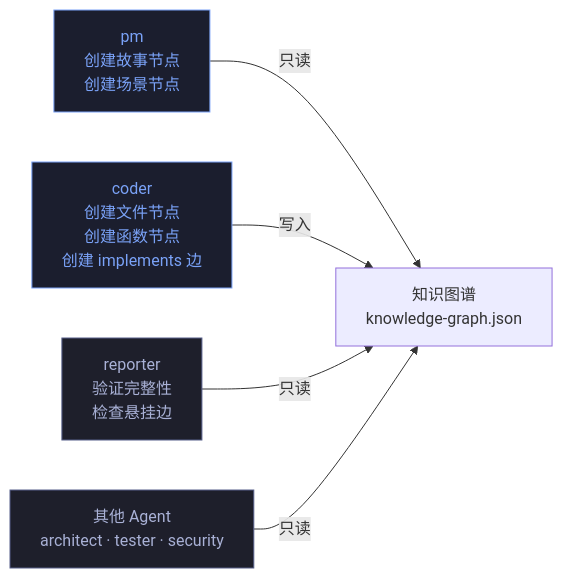
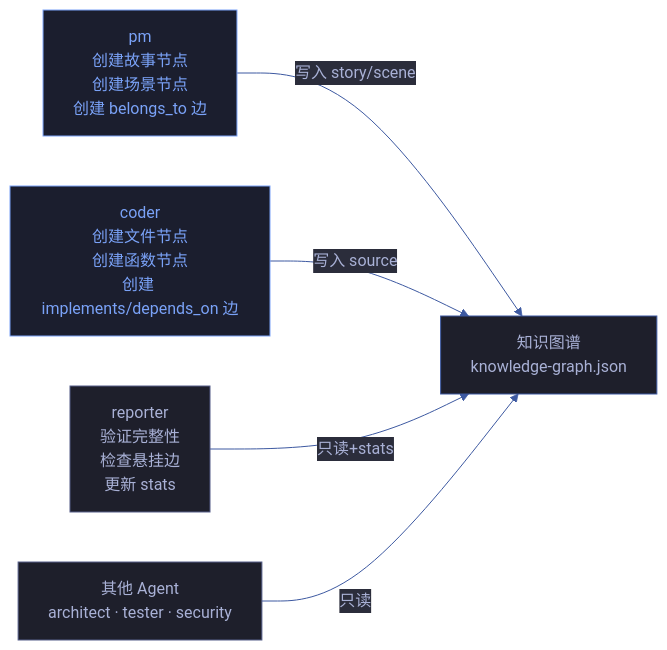
Before and after one commit to effiy/YrY: the diagram in skills/rui-story/rules/knowledge-graph-ownership.md, drawn with Mermaid. The commit also changed other lines of this file and 1028 other files, not shown here.

````diff
--- a/skills/rui-story/rules/knowledge-graph-ownership.md
+++ b/skills/rui-story/rules/knowledge-graph-ownership.md
@@ -13,10 +13,18 @@
 ```mermaid
+%%{init: {'theme': 'base', 'themeVariables': {
+  'primaryColor': '#1e1f2b',
+  'primaryTextColor': '#a9b1d6',
+  'primaryBorderColor': '#3d59a1',
+  'lineColor': '#3d59a1',
+  'secondaryColor': '#2b2d3b',
+  'tertiaryColor': '#21232f'
+}}}%%
 flowchart LR
-    PM["pm<br/>创建故事节点<br/>创建场景节点"]:::owner -->|只读| KG["知识图谱<br/>knowledge-graph.json"]
-    CODER["coder<br/>创建文件节点<br/>创建函数节点<br/>创建 implements 边"]:::owner -->|写入| KG
-    REPORTER["reporter<br/>验证完整性<br/>检查悬挂边"]:::reader -->|只读| KG
+    PM["pm<br/>创建故事节点<br/>创建场景节点<br/>创建 belongs_to 边"]:::owner -->|写入 story/scene| KG["知识图谱<br/>knowledge-graph.json"]
+    CODER["coder<br/>创建文件节点<br/>创建函数节点<br/>创建 implements/depends_on 边"]:::owner -->|写入 source| KG
+    REPORTER["reporter<br/>验证完整性<br/>检查悬挂边<br/>更新 stats"]:::reader -->|只读+stats| KG
     AGENTS["其他 Agent<br/>architect · tester · security"]:::reader -->|只读| KG
 
     classDef owner fill:#1b1e2e,stroke:#7aa2f7,color:#7aa2f7
     classDef reader fill:#1e1f2b,stroke:#565f89,color:#a9b1d6
 ```
````
